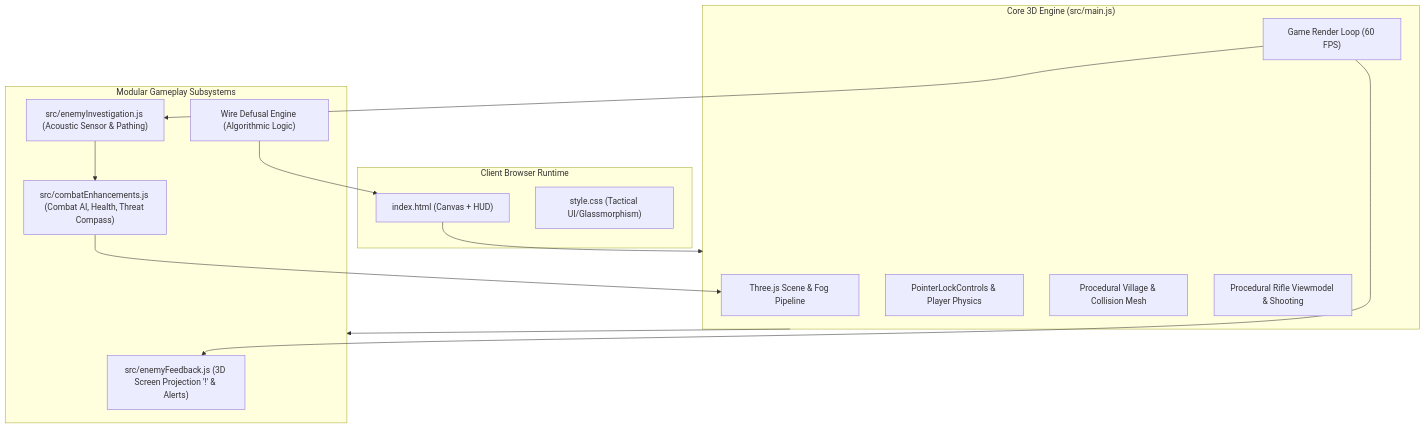
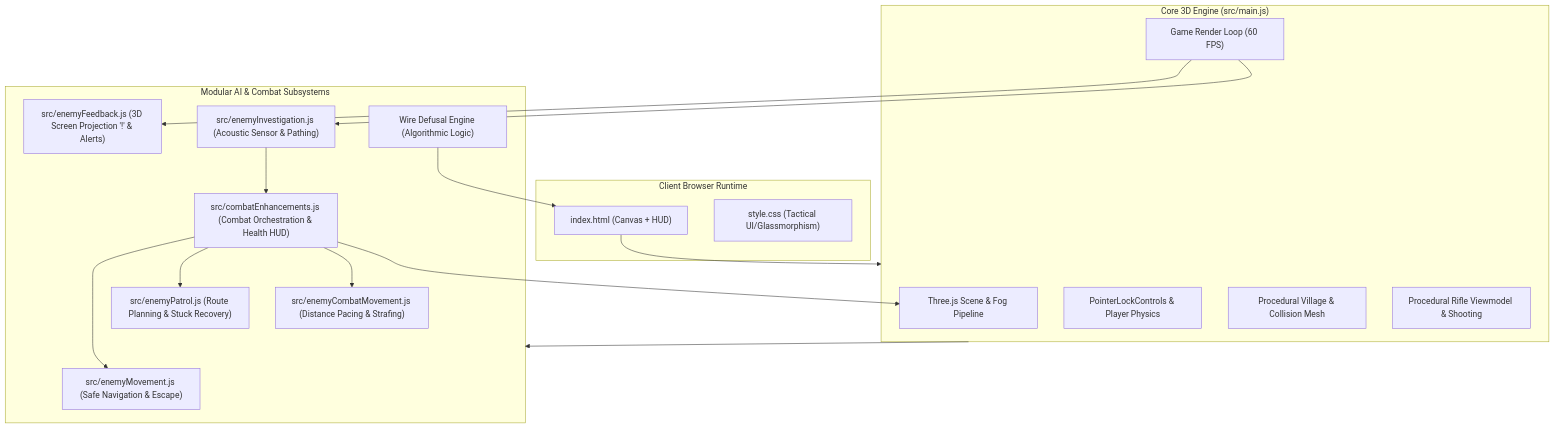
The first of 3 diagrams in README.md (Snigdha-0210/Bomb_Defusal), drawn with Mermaid before and after one commit. The commit also changed other lines of this file and 5 other files, not shown here.

Commit message:
feat: add modular safe navigation, patrol routing, and tactical combat strafing AI

````diff
--- a/README.md
+++ b/README.md
@@ -58,30 +59,36 @@
 ```mermaid
 graph TB
     subgraph Client ["Client Browser Runtime"]
         HTML["index.html (Canvas + HUD)"]
         CSS["style.css (Tactical UI/Glassmorphism)"]
     end
 
     subgraph CoreEngine ["Core 3D Engine (src/main.js)"]
         ThreeScene["Three.js Scene & Fog Pipeline"]
         FPSControls["PointerLockControls & Player Physics"]
         VillageGen["Procedural Village & Collision Mesh"]
         WeaponView["Procedural Rifle Viewmodel & Shooting"]
         GameLoop["Game Render Loop (60 FPS)"]
     end
 
-    subgraph Systems ["Modular Gameplay Subsystems"]
+    subgraph Systems ["Modular AI & Combat Subsystems"]
+        Movement["src/enemyMovement.js (Safe Navigation & Escape)"]
+        Patrol["src/enemyPatrol.js (Route Planning & Stuck Recovery)"]
+        CombatMove["src/enemyCombatMovement.js (Distance Pacing & Strafing)"]
         Feedback["src/enemyFeedback.js (3D Screen Projection '!' & Alerts)"]
         Investigate["src/enemyInvestigation.js (Acoustic Sensor & Pathing)"]
-        CombatAddon["src/combatEnhancements.js (Combat AI, Health, Threat Compass)"]
+        CombatAddon["src/combatEnhancements.js (Combat Orchestration & Health HUD)"]
         WirePuzzle["Wire Defusal Engine (Algorithmic Logic)"]
     end
 
     HTML --> CoreEngine
     CoreEngine --> Systems
     GameLoop --> Feedback
     GameLoop --> Investigate
     Investigate --> CombatAddon
+    CombatAddon --> Movement
+    CombatAddon --> Patrol
+    CombatAddon --> CombatMove
     CombatAddon --> ThreeScene
     WirePuzzle --> HTML
 ```
````
